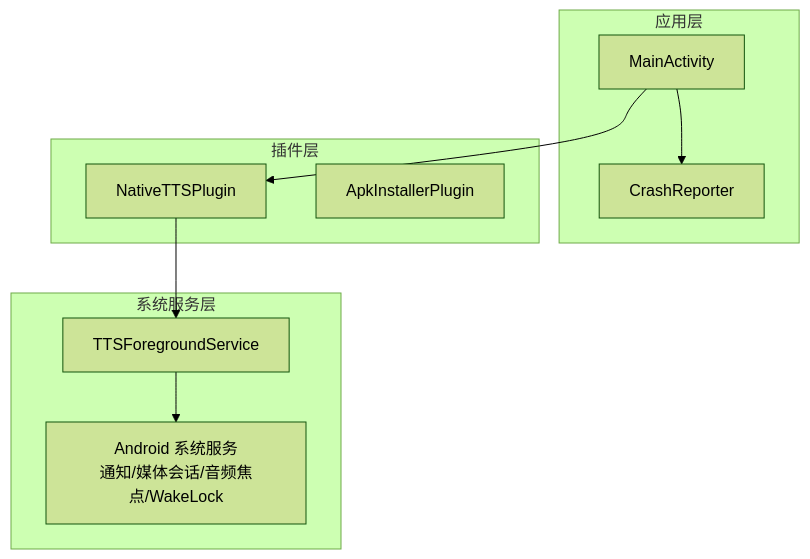
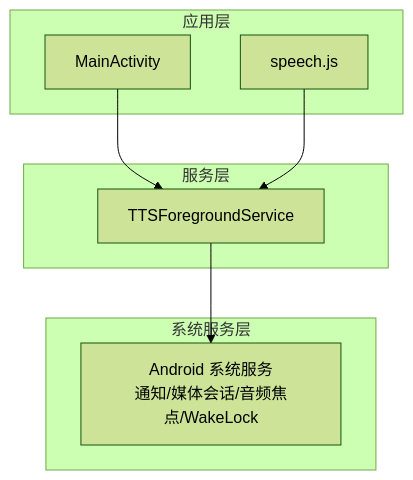
Before and after one commit to zhao-zg/cx: the first of 5 diagrams in .qoder/repowiki/zh/content/移动应用开发/服务管理.md, drawn with Mermaid (forest theme). The commit also changed other lines of this file and 30 other files, not shown here.

````diff
--- a/.qoder/repowiki/zh/content/移动应用开发/服务管理.md
+++ b/.qoder/repowiki/zh/content/移动应用开发/服务管理.md
@@ -51,19 +43,16 @@
 ```mermaid
 graph TB
 subgraph "应用层"
 MA["MainActivity"]
-BR["CrashReporter"]
+SP["speech.js"]
 end
-subgraph "插件层"
-NTTS["NativeTTSPlugin"]
-INST["ApkInstallerPlugin"]
+subgraph "服务层"
+SVC["TTSForegroundService"]
 end
 subgraph "系统服务层"
-SVC["TTSForegroundService"]
 SYS["Android 系统服务<br/>通知/媒体会话/音频焦点/WakeLock"]
 end
-MA --> NTTS
-NTTS --> SVC
+MA --> SVC
+SP --> SVC
 SVC --> SYS
-MA --> BR
 ```
````
